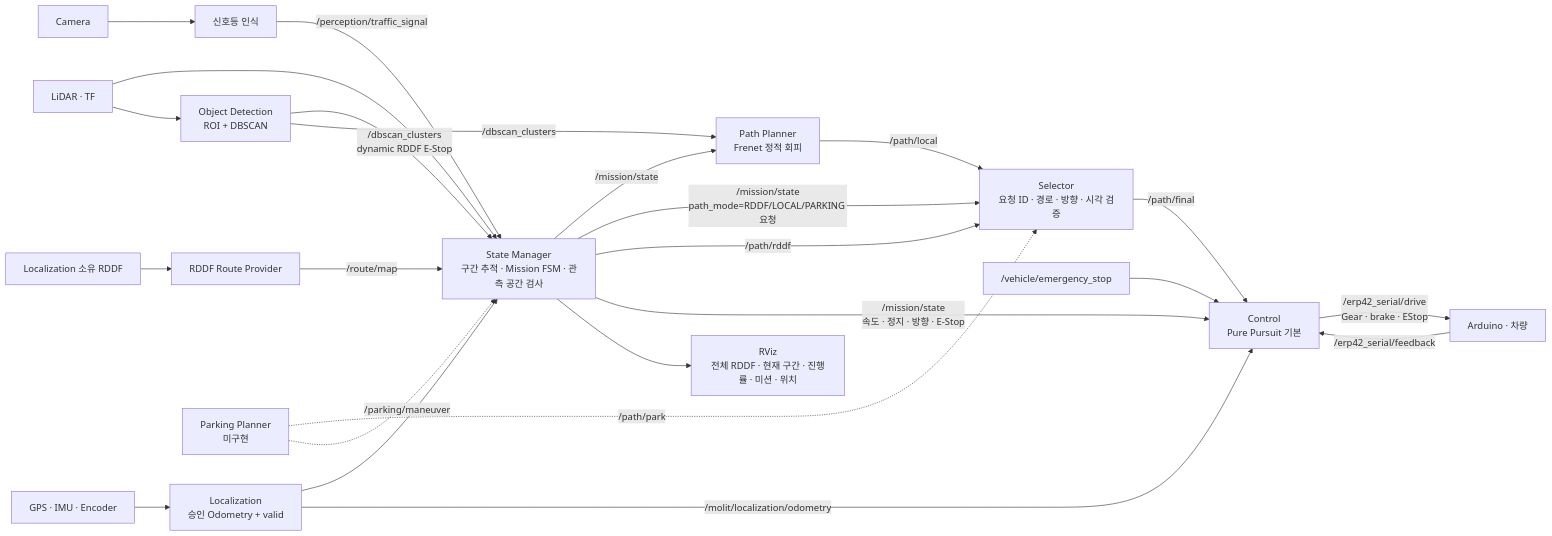
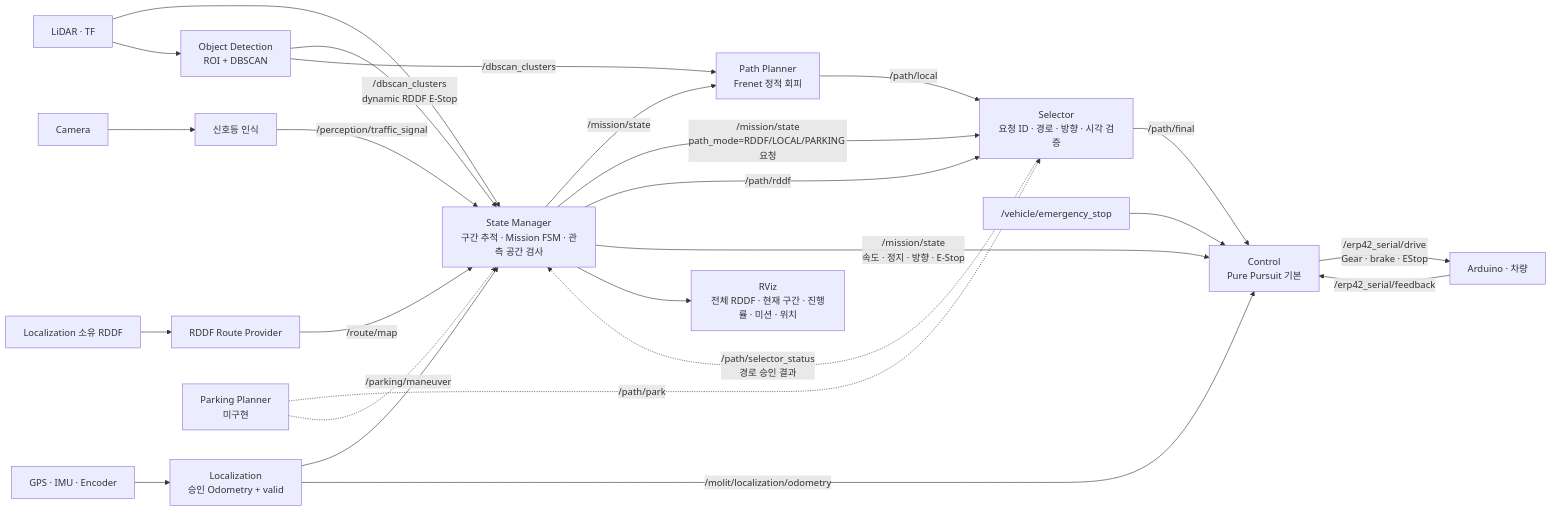
One commit to Team-Stier/HL-FMA-1-5-2026 changed the diagram in README.md. Above: the diagram before and after it, drawn with Mermaid. The commit also changed 8 other files, not shown here.

````diff
--- a/README.md
+++ b/README.md
@@ -206,26 +206,27 @@
 ```mermaid
 flowchart LR
     GPS["GPS · IMU · Encoder"] --> LOC["Localization<br/>승인 Odometry + valid"]
     CAM["Camera"] --> TRAFFIC["신호등 인식"]
     LIDAR["LiDAR · TF"] --> SM
     LIDAR --> OBJECTS["Object Detection<br/>ROI + DBSCAN"]
     OBJECTS -->|"/dbscan_clusters<br/>dynamic RDDF E-Stop"| SM
     OBJECTS -->|"/dbscan_clusters"| LOCAL["Path Planner<br/>Frenet 정적 회피"]
     TRAFFIC -->|"/perception/traffic_signal"| SM
     LOC --> SM
     RDDF["Localization 소유 RDDF"] --> PROVIDER["RDDF Route Provider"]
     PROVIDER -->|"/route/map"| SM["State Manager<br/>구간 추적 · Mission FSM · 관측 공간 검사"]
     SM -->|"/mission/state"| LOCAL
     SM -->|"/mission/state<br/>path_mode=RDDF/LOCAL/PARKING 요청"| SELECTOR["Selector<br/>요청 ID · 경로 · 방향 · 시각 검증"]
     SM -->|"/path/rddf"| SELECTOR
     LOCAL -->|"/path/local"| SELECTOR
     PARKING["Parking Planner<br/>미구현"] -.->|"/path/park"| SELECTOR
+    SELECTOR -.->|"/path/selector_status<br/>경로 승인 결과"| SM
     PARKING -.->|"/parking/maneuver"| SM
     SELECTOR -->|"/path/final"| CONTROL["Control<br/>Pure Pursuit 기본"]
     LOC -->|"/molit/localization/odometry"| CONTROL
     SM -->|"/mission/state<br/>속도 · 정지 · 방향 · E-Stop"| CONTROL
     ESTOP["/vehicle/emergency_stop"] --> CONTROL
     CONTROL -->|"/erp42_serial/drive<br/>Gear · brake · EStop"| VEHICLE["Arduino · 차량"]
     VEHICLE -->|"/erp42_serial/feedback"| CONTROL
     SM --> RVIZ["RViz<br/>전체 RDDF · 현재 구간 · 진행률 · 미션 · 위치"]
 ```
````
